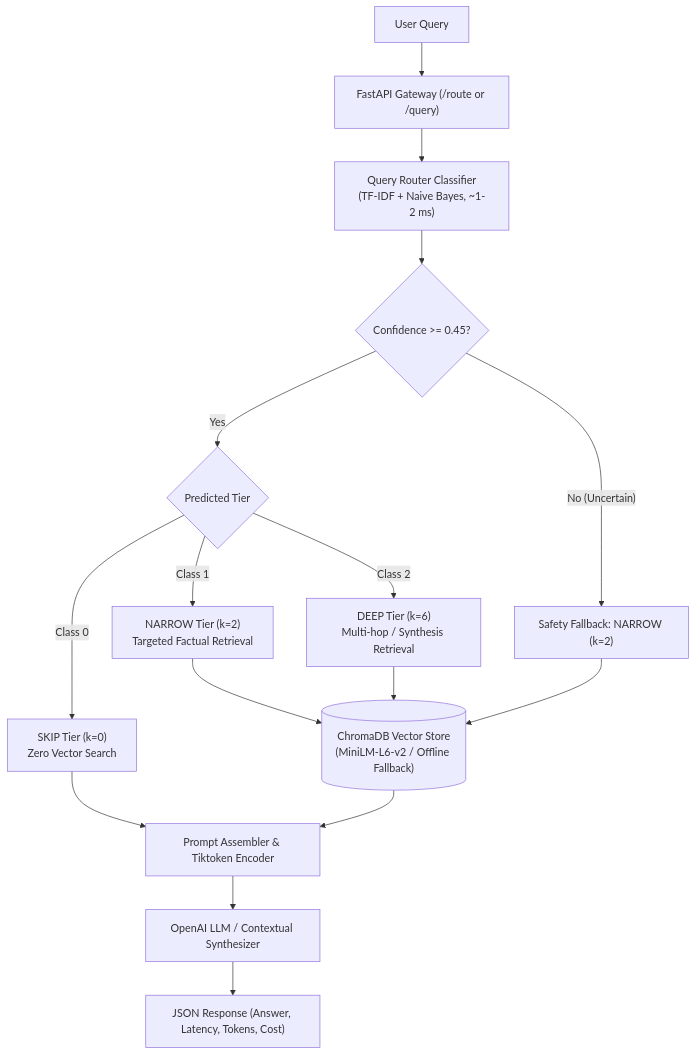
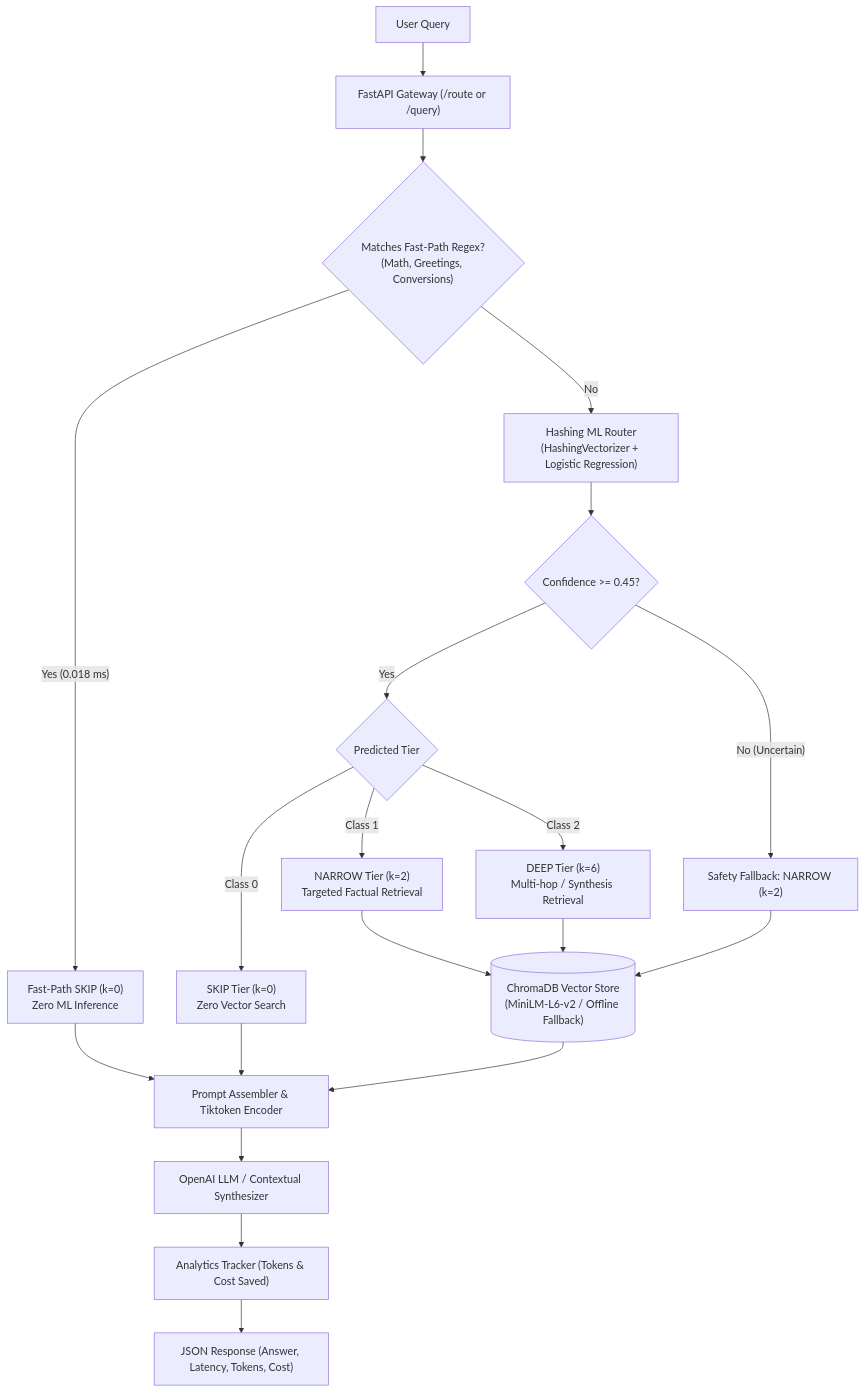
The diagram in README.md (Sravan2804/Adaptive-RAG-Optimizer), drawn with Mermaid before and after one commit. The commit also changed other lines of this file and 10 other files, not shown here.

Commit message:
feat: add hybrid fast-path, HashingVectorizer router, analytics endpoint, and React dashboard

````diff
--- a/README.md
+++ b/README.md
@@ -37,24 +67,29 @@
 ```mermaid
 flowchart TD
     UserQuery["User Query"] --> GatewayAPI["FastAPI Gateway (/route or /query)"]
-    GatewayAPI --> RouterClassifier["Query Router Classifier<br/>(TF-IDF + Naive Bayes, ~1-2 ms)"]
-
-    RouterClassifier --> ConfCheck{"Confidence >= 0.45?"}
-
+    
+    GatewayAPI --> FastPathCheck{"Matches Fast-Path Regex?<br/>(Math, Greetings, Conversions)"}
+    FastPathCheck -- "Yes (0.018 ms)" --> FastPathReturn["Fast-Path SKIP (k=0)<br/>Zero ML Inference"]
+    
+    FastPathCheck -- "No" --> HashingRouter["Hashing ML Router<br/>(HashingVectorizer + Logistic Regression)"]
+    HashingRouter --> ConfCheck{"Confidence >= 0.45?"}
+    
     ConfCheck -- "Yes" --> BranchClass{"Predicted Tier"}
     ConfCheck -- "No (Uncertain)" --> GuardrailFallback["Safety Fallback: NARROW (k=2)"]
-
+    
     BranchClass -- "Class 0" --> SkipTier["SKIP Tier (k=0)<br/>Zero Vector Search"]
     BranchClass -- "Class 1" --> NarrowTier["NARROW Tier (k=2)<br/>Targeted Factual Retrieval"]
     BranchClass -- "Class 2" --> DeepTier["DEEP Tier (k=6)<br/>Multi-hop / Synthesis Retrieval"]
-
+    
     GuardrailFallback --> ChromaDB[("ChromaDB Vector Store<br/>(MiniLM-L6-v2 / Offline Fallback)")]
     NarrowTier --> ChromaDB
     DeepTier --> ChromaDB
-
-    SkipTier --> PromptAssembler["Prompt Assembler & Tiktoken Encoder"]
+    
+    FastPathReturn --> PromptAssembler["Prompt Assembler & Tiktoken Encoder"]
+    SkipTier --> PromptAssembler
     ChromaDB --> PromptAssembler
-
+    
     PromptAssembler --> LLMGenerator["OpenAI LLM / Contextual Synthesizer"]
-    LLMGenerator --> ClientResponse["JSON Response (Answer, Latency, Tokens, Cost)"]
+    LLMGenerator --> AnalyticsTracker["Analytics Tracker (Tokens & Cost Saved)"]
+    AnalyticsTracker --> ClientResponse["JSON Response (Answer, Latency, Tokens, Cost)"]
 ```
````
